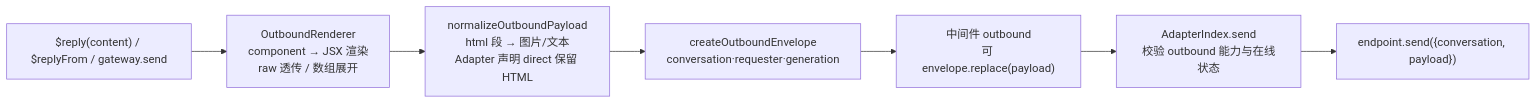
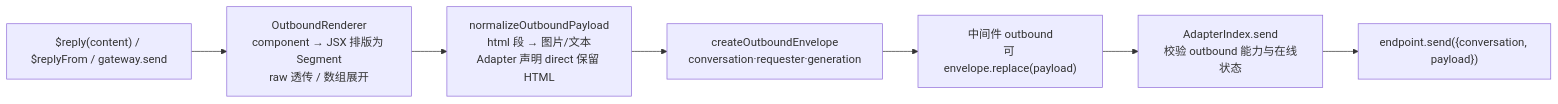
The second of 2 diagrams in docs/concepts/message-flow.md (zhinjs/zhin), drawn with Mermaid before and after one commit. The commit also changed other lines of this file and 45 other files, not shown here.

````diff
--- a/docs/concepts/message-flow.md
+++ b/docs/concepts/message-flow.md
@@ -81,9 +81,9 @@
 ```mermaid
 flowchart LR
-    A["$reply(content) / $replyFrom / gateway.send"] --> R[OutboundRenderer<br/>component → JSX 渲染<br/>raw 透传 / 数组展开]
+    A["$reply(content) / $replyFrom / gateway.send"] --> R[OutboundRenderer<br/>component → JSX 排版为 Segment<br/>raw 透传 / 数组展开]
     R --> N[normalizeOutboundPayload<br/>html 段 → 图片/文本<br/>Adapter 声明 direct 保留 HTML]
     N --> V["createOutboundEnvelope<br/>conversation·requester·generation"]
     V --> MW["中间件 outbound<br/>可 envelope.replace(payload)"]
     MW --> S[AdapterIndex.send<br/>校验 outbound 能力与在线状态]
     S --> E["endpoint.send({conversation, payload})"]
 ```
````
